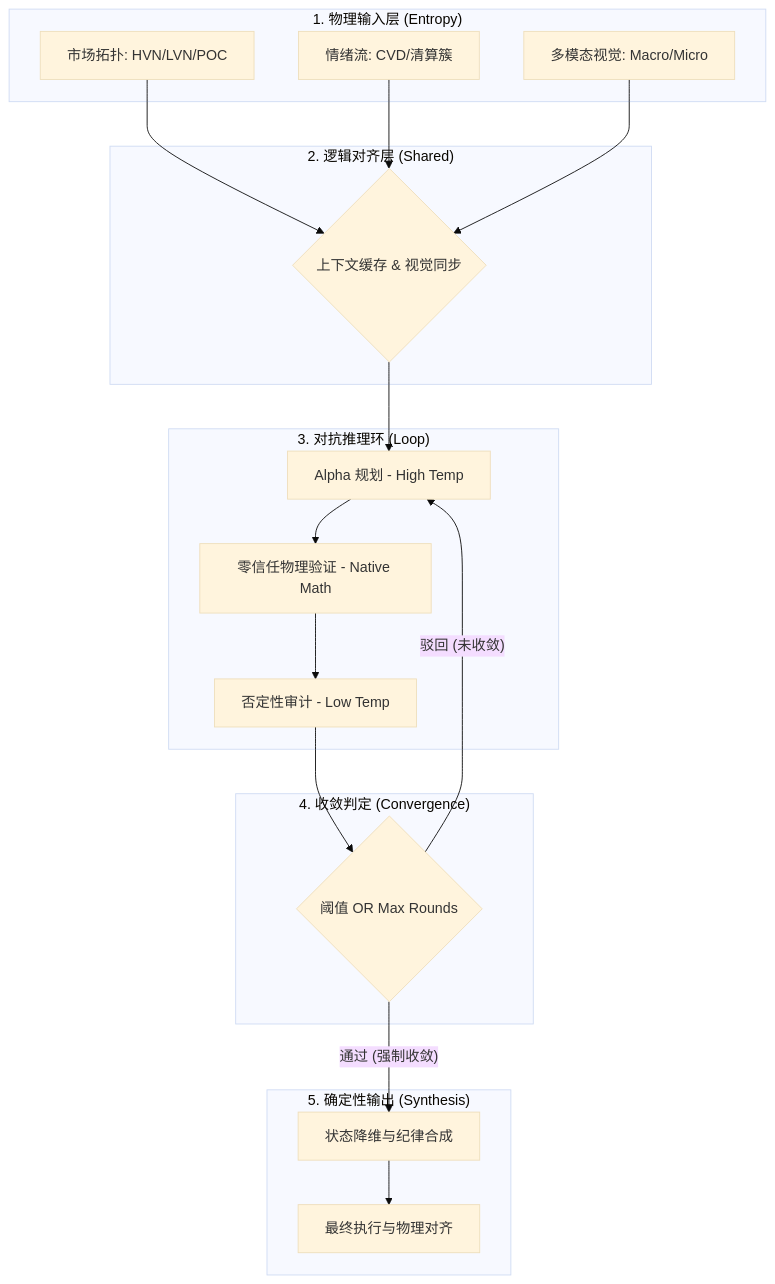
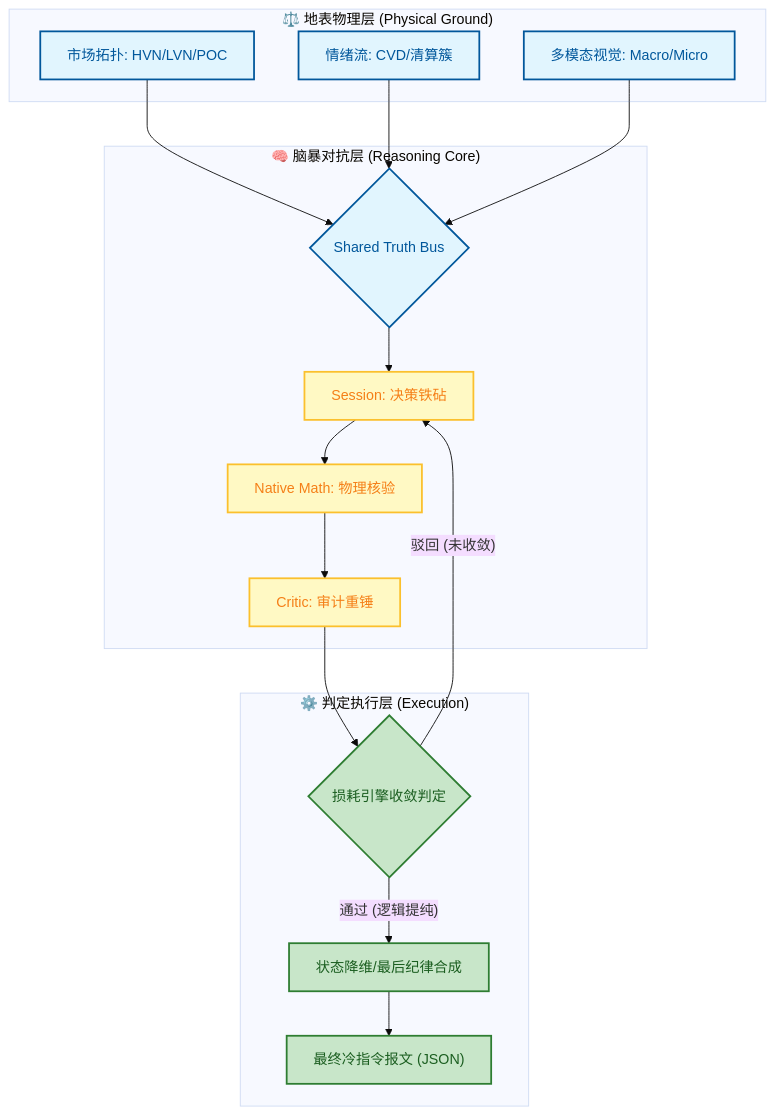
Before and after one commit to jiangyang5157/binary-star: the diagram in README.md, drawn with Mermaid (base theme). The commit also changed other lines of this file and 1 other file, not shown here.

````diff
--- a/README.md
+++ b/README.md
@@ -50,34 +73,38 @@
 ```mermaid
 graph TD
-    subgraph Input_Layer ["1. 物理输入层 (Entropy)"]
-        A1[市场拓扑: HVN/LVN/POC]
-        A2[情绪流: CVD/清算簇]
-        A3[多模态视觉: Macro/Micro]
+    %% 样式定义
+    classDef physical fill:#e1f5fe,stroke:#01579b,stroke-width:2px,color:#01579b
+    classDef logic fill:#fff9c4,stroke:#fbc02d,stroke-width:2px,color:#f57f17
+    classDef exec fill:#c8e6c9,stroke:#2e7d32,stroke-width:2px,color:#1b5e20
+
+    subgraph Physical_Layer ["⚖️ 地表物理层 (Physical Ground)"]
+        A1["市场拓扑: HVN/LVN/POC"]:::physical
+        A2["情绪流: CVD/清算簇"]:::physical
+        A3["多模态视觉: Macro/Micro"]:::physical
     end
 
-    subgraph Alignment_Layer ["2. 逻辑对齐层 (Shared)"]
-        B{上下文缓存 & 视觉同步}
+    subgraph Reasoning_Core ["🧠 脑暴对抗层 (Reasoning Core)"]
+        B{"Shared Truth Bus"}:::physical
+        C["Session: 决策铁砧"]:::logic
+        D["Native Math: 物理核验"]:::logic
+        E["Critic: 审计重锤"]:::logic
     end
 
-    subgraph Reasoning_Triad ["3. 对抗推理环 (Loop)"]
-        C[Alpha 规划 - High Temp]
-        D[零信任物理验证 - Native Math]
-        E[否定性审计 - Low Temp]
+    subgraph Deterministic_Execution ["⚙️ 判定执行层 (Execution)"]
+        F{"损耗引擎收敛判定"}:::exec
+        G["状态降维/最后纪律合成"]:::exec
+        H["最终冷指令报文 (JSON)"]:::exec
     end
 
-    subgraph Convergence_Engine ["4. 收敛判定 (Convergence)"]
-        F{阈值 OR Max Rounds}
-    end
-    subgraph Output_Layer ["5. 确定性输出 (Synthesis)"]
-        G[状态降维与纪律合成]
-        H[最终执行与物理对齐]
-    end
-    A1 & A2 & A3 --> B
-    B --> C
-    C --> D
-    D --> E
-    E --> F
-    F -- "驳回 (未收敛)" --> C
-    F -- "通过 (强制收敛)" --> G
-    G --> H
+    %% 显式连接以提高兼容性
+    A1 --> B
+    A2 --> B
+    A3 --> B
+    B  --> C
+    C  --> D
+    D  --> E
+    E  --> F
+    F  -- "驳回 (未收敛)" --> C
+    F  -- "通过 (逻辑提纯)" --> G
+    G  --> H
 ```
````
